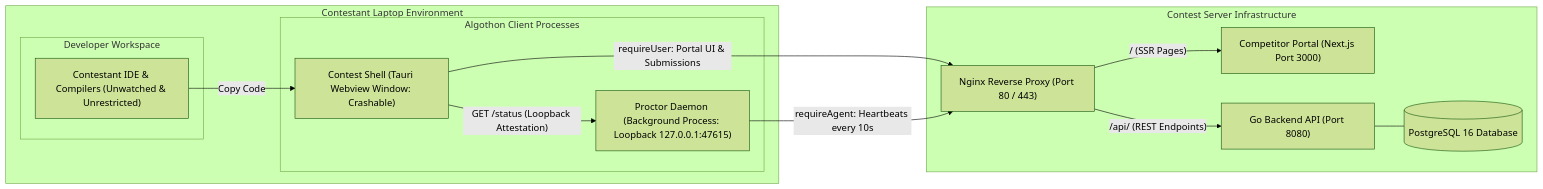
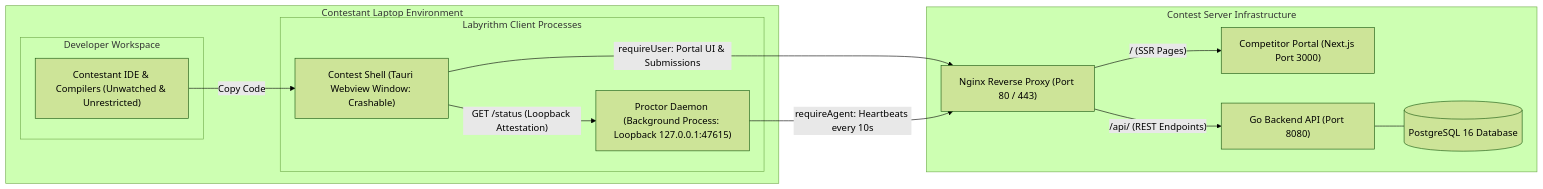
The diagram in docs/client-design.md (NayanthaNethsara/AlgoTest), drawn with Mermaid (forest theme) before and after one commit. The commit also changed other lines of this file and 166 other files, not shown here.

````diff
--- a/docs/client-design.md
+++ b/docs/client-design.md
@@ -49,31 +49,31 @@
 ```mermaid
 flowchart LR
     subgraph Laptop["Contestant Laptop Environment"]
         subgraph DevSpace["Developer Workspace"]
             LocalIDE["Contestant IDE & Compilers (Unwatched & Unrestricted)"]
         end
 
-        subgraph ClientProcesses["Algothon Client Processes"]
+        subgraph ClientProcesses["Labyrithm Client Processes"]
             Shell["Contest Shell (Tauri Webview Window: Crashable)"]
             Agent["Proctor Daemon (Background Process: Loopback 127.0.0.1:47615)"]
         end
     end
 
     subgraph Server["Contest Server Infrastructure"]
         Nginx["Nginx Reverse Proxy (Port 80 / 443)"]
         Portal["Competitor Portal (Next.js Port 3000)"]
         API["Go Backend API (Port 8080)"]
         Postgres[("PostgreSQL 16 Database")]
     end
 
     LocalIDE -->|"Copy Code"| Shell
     Shell -->|"GET /status (Loopback Attestation)"| Agent
 
     Shell -->|"requireUser: Portal UI & Submissions"| Nginx
     Agent -->|"requireAgent: Heartbeats every 10s"| Nginx
 
     Nginx -->|"/ (SSR Pages)"| Portal
     Nginx -->|"/api/ (REST Endpoints)"| API
 
     API --- Postgres
 ```
````
